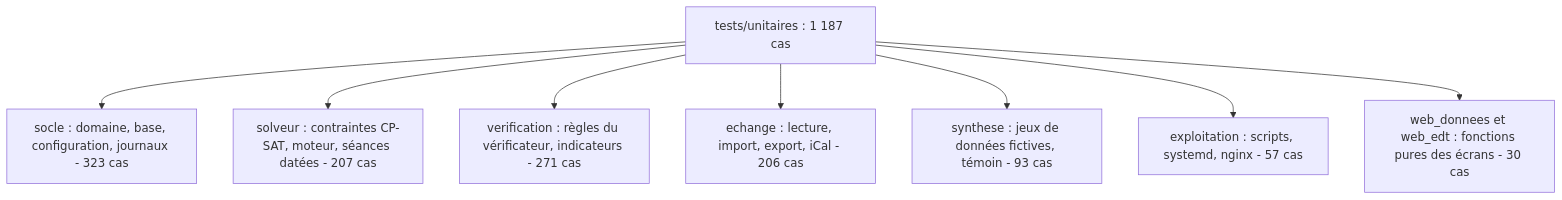
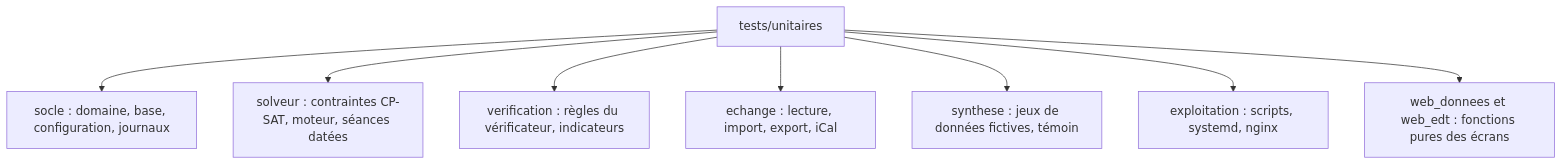
Before and after one commit to Maki882/projet-edt: the second of 2 diagrams in tests/unitaires/README.md, drawn with Mermaid. The commit also changed other lines of this file and 3 other files, not shown here.

First line of the commit message:
Générer les nombres des documents de tests et contrôler qu'ils sont à jour

````diff
--- a/tests/unitaires/README.md
+++ b/tests/unitaires/README.md
@@ -37,11 +36,11 @@
 ```mermaid
 flowchart TD
-    U["tests/unitaires : 1 187 cas"]
-    U --> S["socle : domaine, base, configuration, journaux - 323 cas"]
-    U --> SO["solveur : contraintes CP-SAT, moteur, séances datées - 207 cas"]
-    U --> V["verification : règles du vérificateur, indicateurs - 271 cas"]
-    U --> E["echange : lecture, import, export, iCal - 206 cas"]
-    U --> SY["synthese : jeux de données fictives, témoin - 93 cas"]
-    U --> X["exploitation : scripts, systemd, nginx - 57 cas"]
-    U --> W["web_donnees et web_edt : fonctions pures des écrans - 30 cas"]
+    U["tests/unitaires"]
+    U --> S["socle : domaine, base, configuration, journaux"]
+    U --> SO["solveur : contraintes CP-SAT, moteur, séances datées"]
+    U --> V["verification : règles du vérificateur, indicateurs"]
+    U --> E["echange : lecture, import, export, iCal"]
+    U --> SY["synthese : jeux de données fictives, témoin"]
+    U --> X["exploitation : scripts, systemd, nginx"]
+    U --> W["web_donnees et web_edt : fonctions pures des écrans"]
 ```
````
